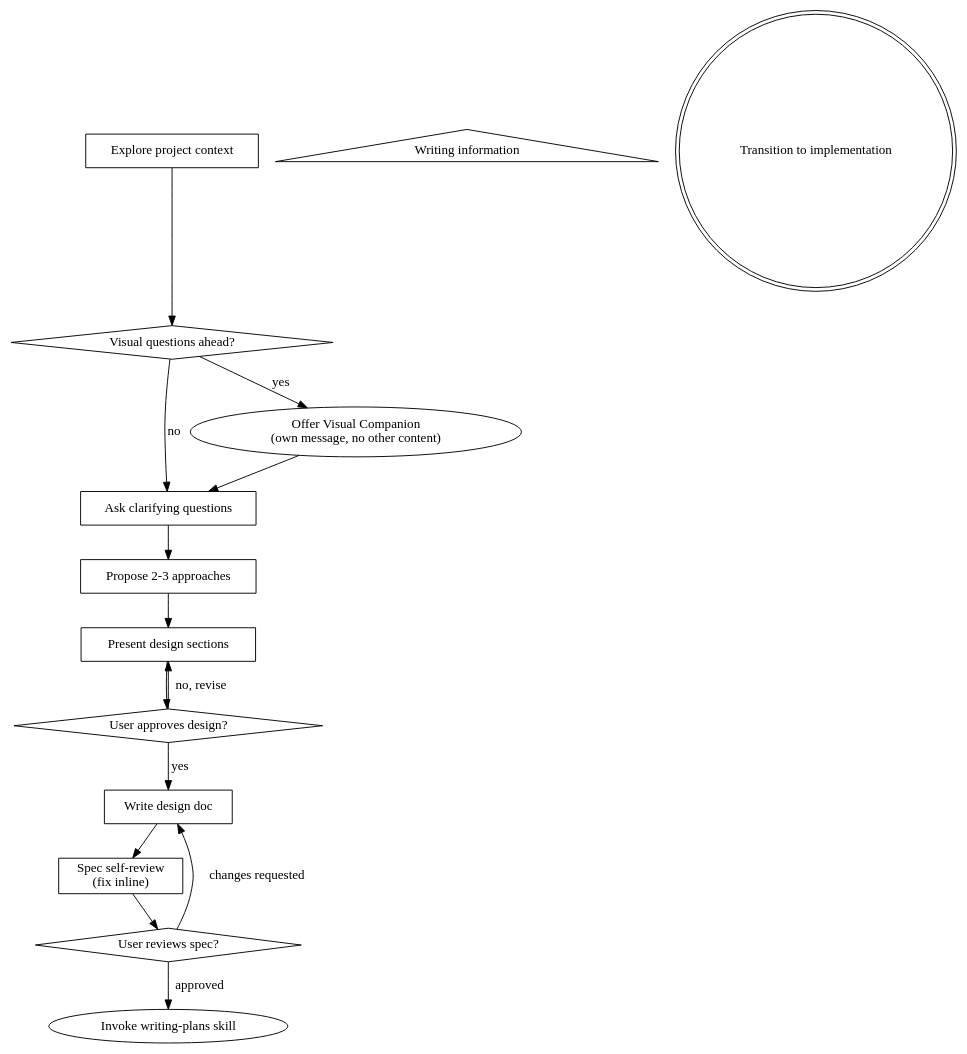
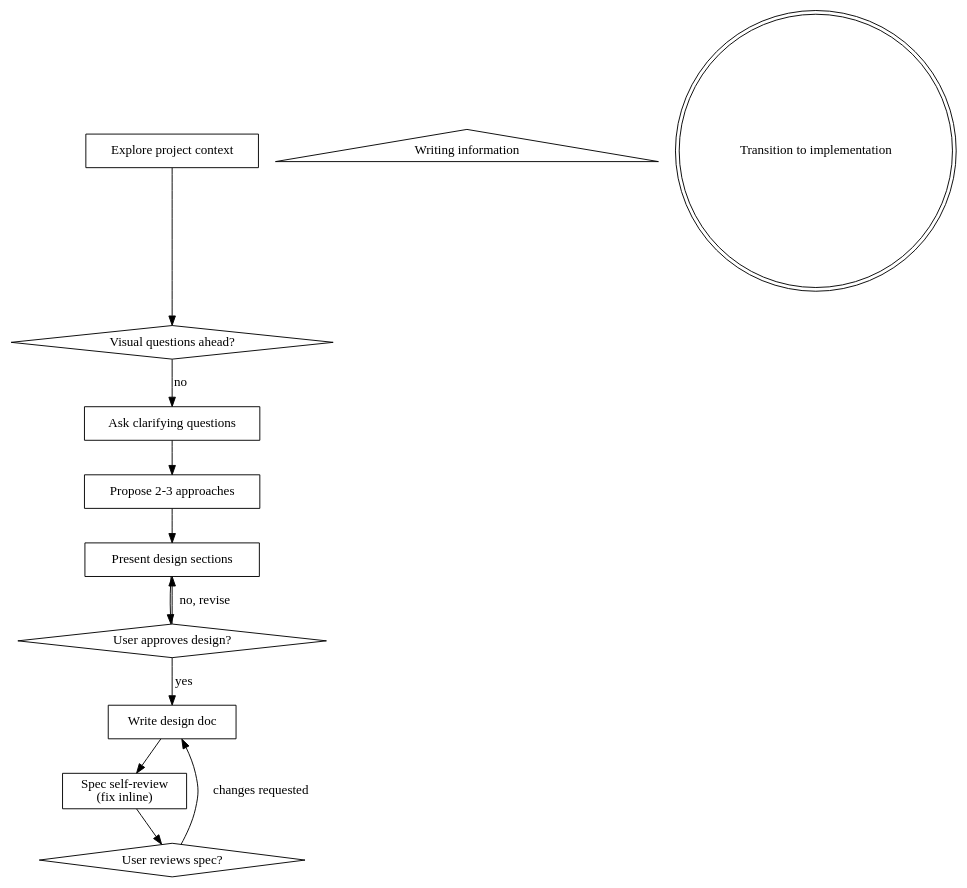
The diagram in skills-prompts/brainstorming.md (gaviash/Documentation-Agent), drawn with Graphviz before and after one commit. The commit also changed other lines of this file and 3 other files, not shown here.

````diff
--- a/skills-prompts/brainstorming.md
+++ b/skills-prompts/brainstorming.md
@@ -36,29 +36,26 @@
 ```dot
 digraph brainstorming {
     "Explore project context" [shape=box];
     "Visual questions ahead?" [shape=diamond];
     "Ask clarifying questions" [shape=box];
     "Propose 2-3 approaches" [shape=box];
     "Present design sections" [shape=box];
     "User approves design?" [shape=diamond];
     "Write design doc" [shape=box];
     "Spec self-review\n(fix inline)" [shape=box];
     "User reviews spec?" [shape=diamond];
     "Writing information" [shape = triangle]
     "Transition to implementation" [shape=doublecircle];
 
     "Explore project context" -> "Visual questions ahead?";
-    "Visual questions ahead?" -> "Offer Visual Companion\n(own message, no other content)" [label="yes"];
     "Visual questions ahead?" -> "Ask clarifying questions" [label="no"];
-    "Offer Visual Companion\n(own message, no other content)" -> "Ask clarifying questions";
     "Ask clarifying questions" -> "Propose 2-3 approaches";
     "Propose 2-3 approaches" -> "Present design sections";
     "Present design sections" -> "User approves design?";
     "User approves design?" -> "Present design sections" [label="no, revise"];
     "User approves design?" -> "Write design doc" [label="yes"];
     "Write design doc" -> "Spec self-review\n(fix inline)";
     "Spec self-review\n(fix inline)" -> "User reviews spec?";
     "User reviews spec?" -> "Write design doc" [label="changes requested"];
-    "User reviews spec?" -> "Invoke writing-plans skill" [label="approved"];
 }
 ```
````
